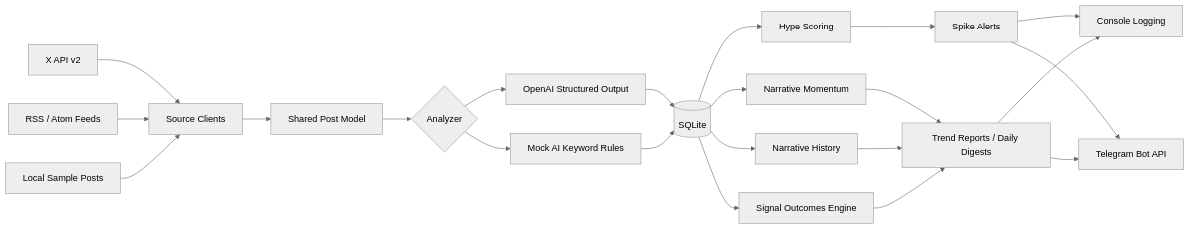
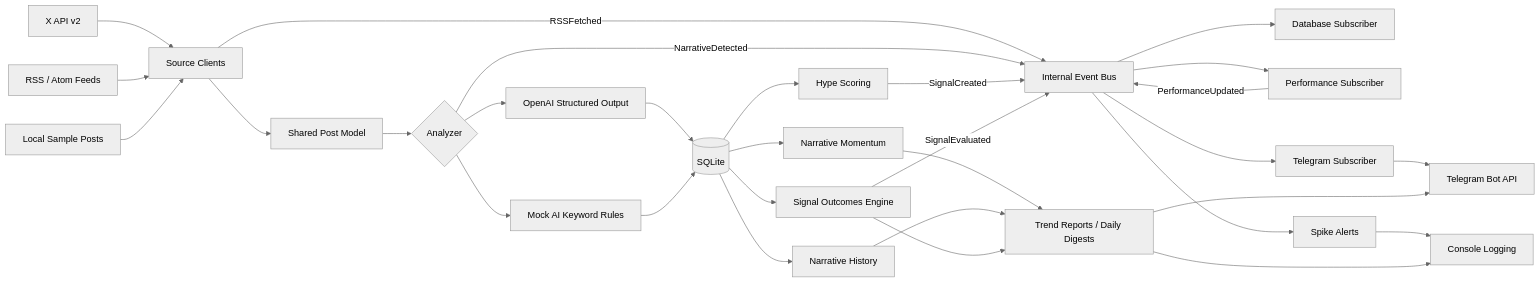
The diagram in README.md (NBSq/X-tracker), drawn with Mermaid (neutral theme) before and after one commit. The commit also changed other lines of this file and 9 other files, not shown here.

Commit message:
Refactor: introduce internal event bus architecture

````diff
--- a/README.md
+++ b/README.md
@@ -35,29 +35,38 @@
 ```mermaid
 flowchart LR
     X["X API v2"] --> Sources["Source Clients"]
     RSS["RSS / Atom Feeds"] --> Sources
     Local["Local Sample Posts"] --> Sources
 
     Sources --> Posts["Shared Post Model"]
+    Sources -->|RSSFetched| Bus["Internal Event Bus"]
     Posts --> Analyzer{"Analyzer"}
     Analyzer --> OpenAI["OpenAI Structured Output"]
     Analyzer --> MockAI["Mock AI Keyword Rules"]
 
     OpenAI --> DB[("SQLite")]
     MockAI --> DB
+    Analyzer -->|NarrativeDetected| Bus
 
     DB --> Hype["Hype Scoring"]
     DB --> Momentum["Narrative Momentum"]
     DB --> History["Narrative History"]
     DB --> Outcomes["Signal Outcomes Engine"]
 
-    Hype --> Alerts["Spike Alerts"]
+    Hype -->|SignalCreated| Bus
+    Outcomes -->|SignalEvaluated| Bus
+    Bus --> Storage["Database Subscriber"]
+    Bus --> Performance["Performance Subscriber"]
+    Bus --> Telegram["Telegram Subscriber"]
+    Performance -->|PerformanceUpdated| Bus
+
+    Bus --> Alerts["Spike Alerts"]
     Momentum --> Reports["Trend Reports / Daily Digests"]
     History --> Reports
     Outcomes --> Reports
 
     Alerts --> Console["Console Logging"]
-    Alerts --> Telegram["Telegram Bot API"]
+    Telegram --> TelegramAPI["Telegram Bot API"]
     Reports --> Console
-    Reports --> Telegram
+    Reports --> TelegramAPI
 ```
````
